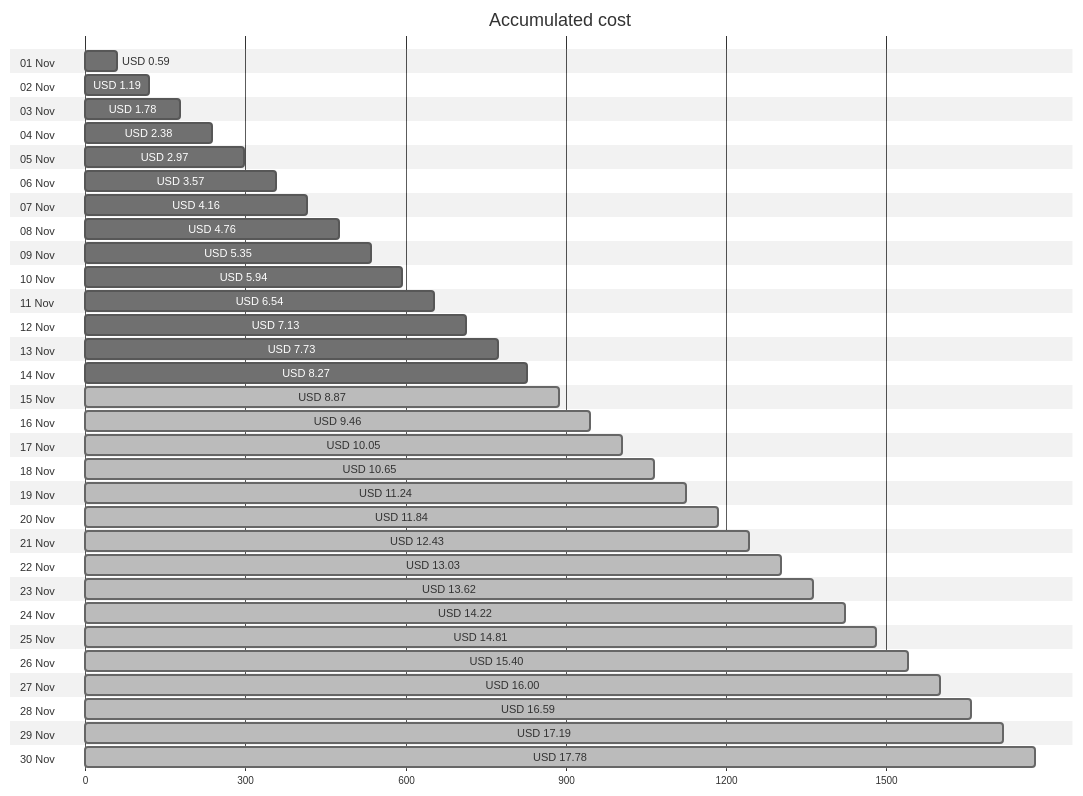
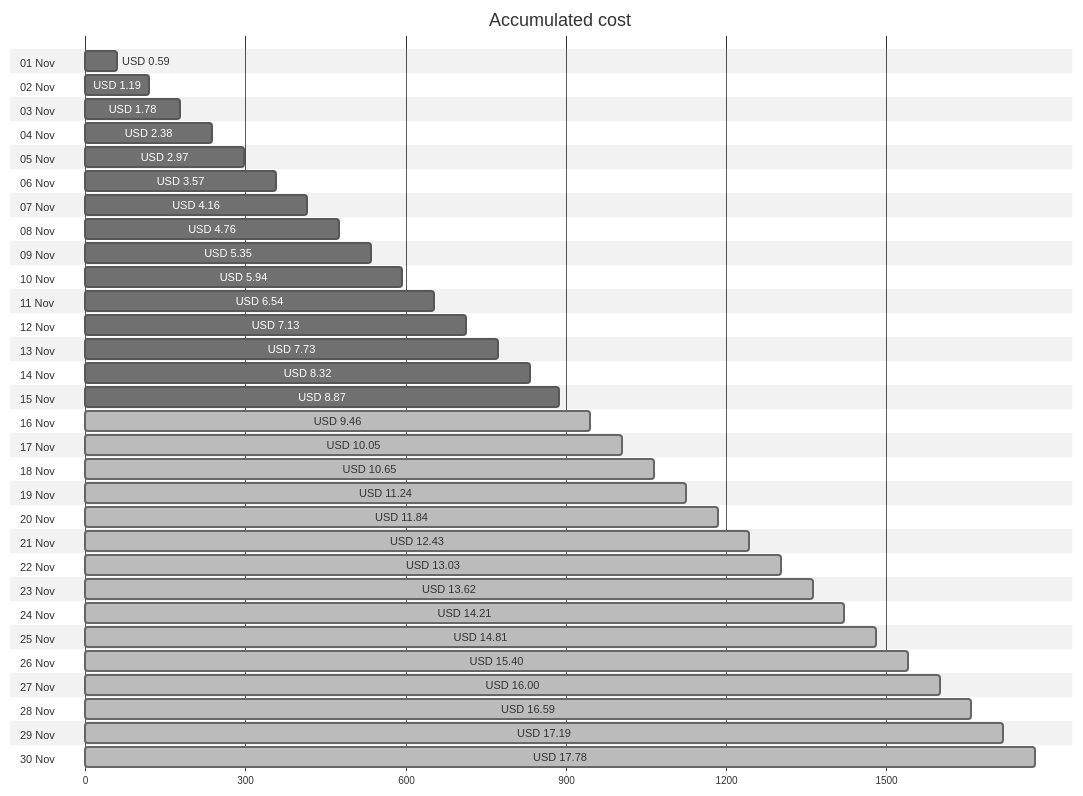
One commit to jpfulton/azure-personal-reports changed the first of 4 diagrams in cost-reports/personal-site/README.md. Above: the diagram before and after it, drawn with Mermaid (neutral theme). The commit also changed other lines of this file and 6 other files, not shown here.

````diff
--- a/cost-reports/personal-site/README.md
+++ b/cost-reports/personal-site/README.md
@@ -20,66 +20,66 @@
 ```mermaid
 gantt
    title Accumulated cost
    dateFormat  X
    axisFormat %s
    section 01 Nov
    USD 0.59 :0, 59
    section 02 Nov
    USD 1.19 :0, 119
    section 03 Nov
    USD 1.78 :0, 178
    section 04 Nov
    USD 2.38 :0, 238
    section 05 Nov
    USD 2.97 :0, 297
    section 06 Nov
    USD 3.57 :0, 357
    section 07 Nov
    USD 4.16 :0, 416
    section 08 Nov
    USD 4.76 :0, 476
    section 09 Nov
    USD 5.35 :0, 535
    section 10 Nov
    USD 5.94 :0, 594
    section 11 Nov
    USD 6.54 :0, 654
    section 12 Nov
    USD 7.13 :0, 713
    section 13 Nov
    USD 7.73 :0, 773
    section 14 Nov
-   USD 8.27 :0, 827
+   USD 8.32 :0, 832
    section 15 Nov
-   USD 8.87 : done, 0, 887
+   USD 8.87 :0, 887
    section 16 Nov
    USD 9.46 : done, 0, 946
    section 17 Nov
    USD 10.05 : done, 0, 1005
    section 18 Nov
    USD 10.65 : done, 0, 1065
    section 19 Nov
    USD 11.24 : done, 0, 1124
    section 20 Nov
    USD 11.84 : done, 0, 1184
    section 21 Nov
    USD 12.43 : done, 0, 1243
    section 22 Nov
    USD 13.03 : done, 0, 1303
    section 23 Nov
    USD 13.62 : done, 0, 1362
    section 24 Nov
-   USD 14.22 : done, 0, 1422
+   USD 14.21 : done, 0, 1421
    section 25 Nov
    USD 14.81 : done, 0, 1481
    section 26 Nov
    USD 15.40 : done, 0, 1540
    section 27 Nov
    USD 16.00 : done, 0, 1600
    section 28 Nov
    USD 16.59 : done, 0, 1659
    section 29 Nov
    USD 17.19 : done, 0, 1719
    section 30 Nov
    USD 17.78 : done, 0, 1778
 ```
````
